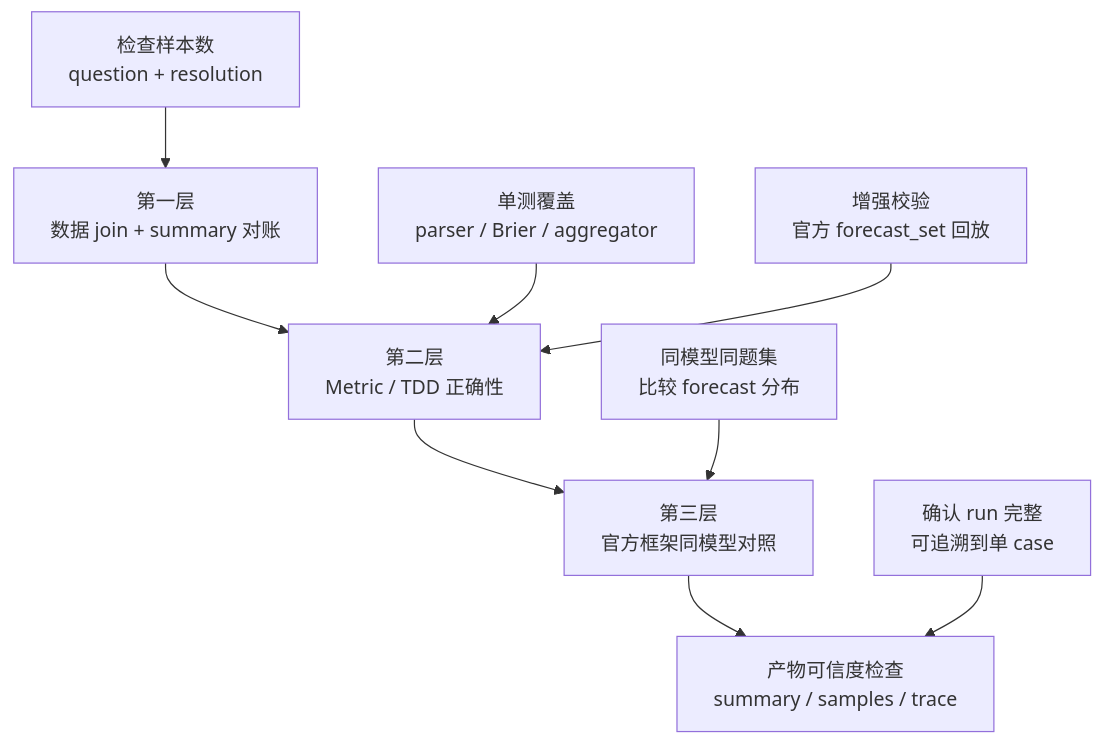
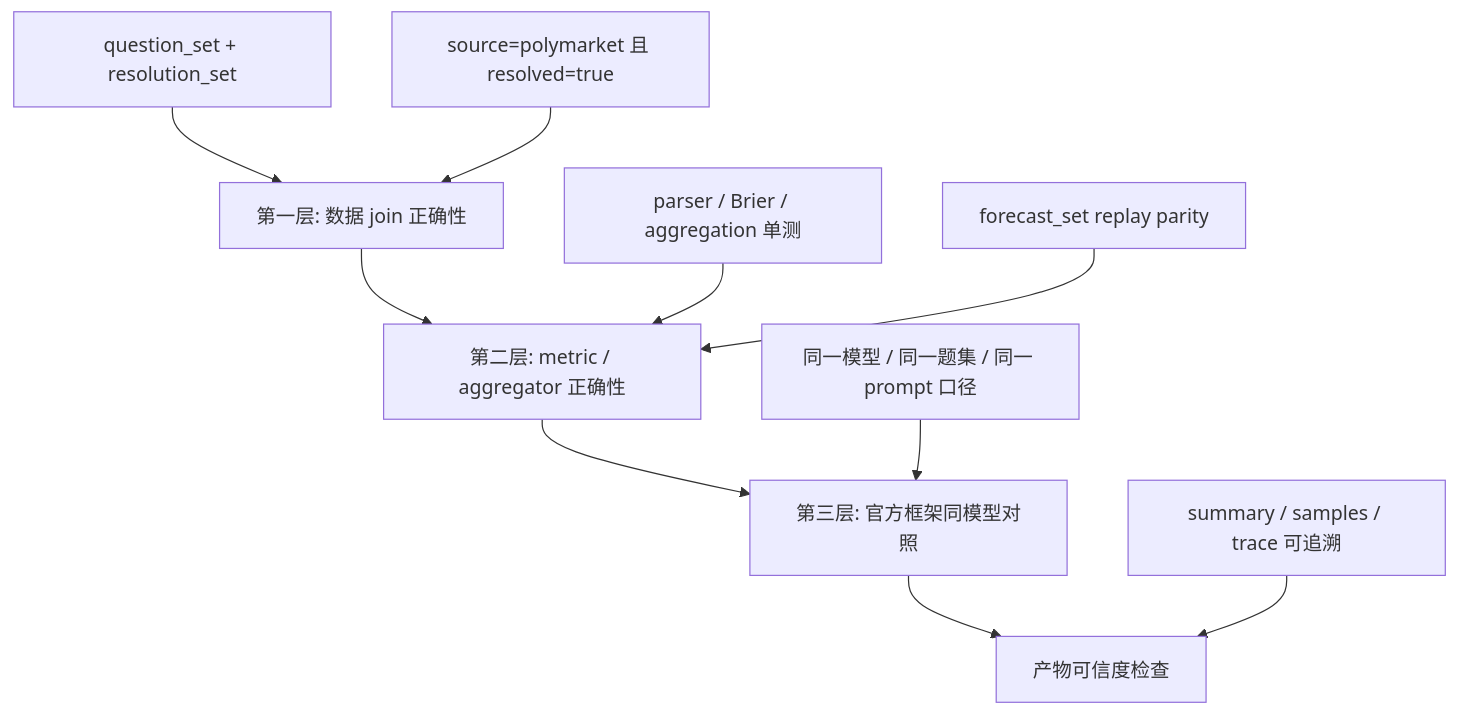
One commit to HiThink-Research/GAGE changed the second of 3 diagrams in docs/guide/forecastbench-trust-validation.md. Above: the diagram before and after it, drawn with Mermaid. The commit also changed other lines of this file and 1 other file, not shown here.

````diff
--- a/docs/guide/forecastbench-trust-validation.md
+++ b/docs/guide/forecastbench-trust-validation.md
@@ -104,12 +71,13 @@
 ```mermaid
 flowchart TD
-    A["第一层<br/>数据 join + summary 对账"] --> B["第二层<br/>Metric / TDD 正确性"]
-    B --> C["第三层<br/>官方框架同模型对照"]
-    C --> D["产物可信度检查<br/>summary / samples / trace"]
+  A["第一层: 数据 join 正确性"] --> B["第二层: metric / aggregator 正确性"]
+  B --> C["第三层: 官方框架同模型对照"]
+  C --> D["产物可信度检查"]
 
-    A1["检查样本数<br/>question + resolution"] --> A
-    B1["单测覆盖<br/>parser / Brier / aggregator"] --> B
-    B2["增强校验<br/>官方 forecast_set 回放"] --> B
-    C1["同模型同题集<br/>比较 forecast 分布"] --> C
-    D1["确认 run 完整<br/>可追溯到单 case"] --> D
+  A1["question_set + resolution_set"] --> A
+  A2["source=polymarket 且 resolved=true"] --> A
+  B1["parser / Brier / aggregation 单测"] --> B
+  B2["forecast_set replay parity"] --> B
+  C1["同一模型 / 同一题集 / 同一 prompt 口径"] --> C
+  D1["summary / samples / trace 可追溯"] --> D
 ```
````
